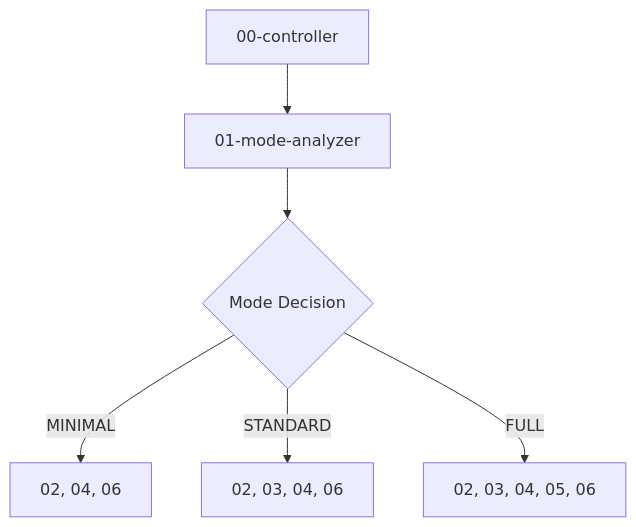
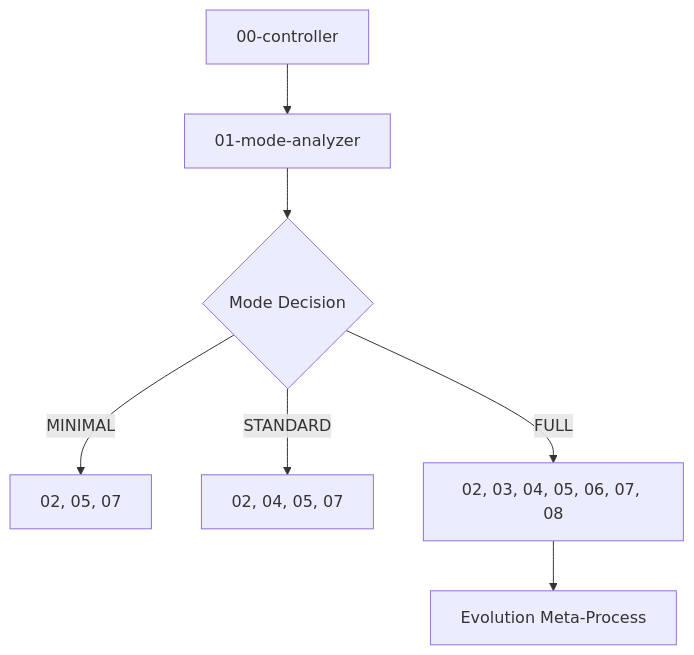
Before and after one commit to fra00/2WHAV: the diagram in skills/README.md, drawn with Mermaid. The commit also changed other lines of this file and 5 other files, not shown here.

````diff
--- a/skills/README.md
+++ b/skills/README.md
@@ -62,8 +65,9 @@
 ```mermaid
 graph TD
     A["00-controller"] --> B["01-mode-analyzer"]
     B --> C{"Mode Decision"}
-    C -->|MINIMAL| D["02, 04, 06"]
-    C -->|STANDARD| E["02, 03, 04, 06"]
-    C -->|FULL| F["02, 03, 04, 05, 06"]
+    C -->|MINIMAL| D["02, 05, 07"]
+    C -->|STANDARD| E["02, 04, 05, 07"]
+    C -->|FULL| F["02, 03, 04, 05, 06, 07, 08"]
+    F --> G["Evolution Meta-Process"]
 ```
````
